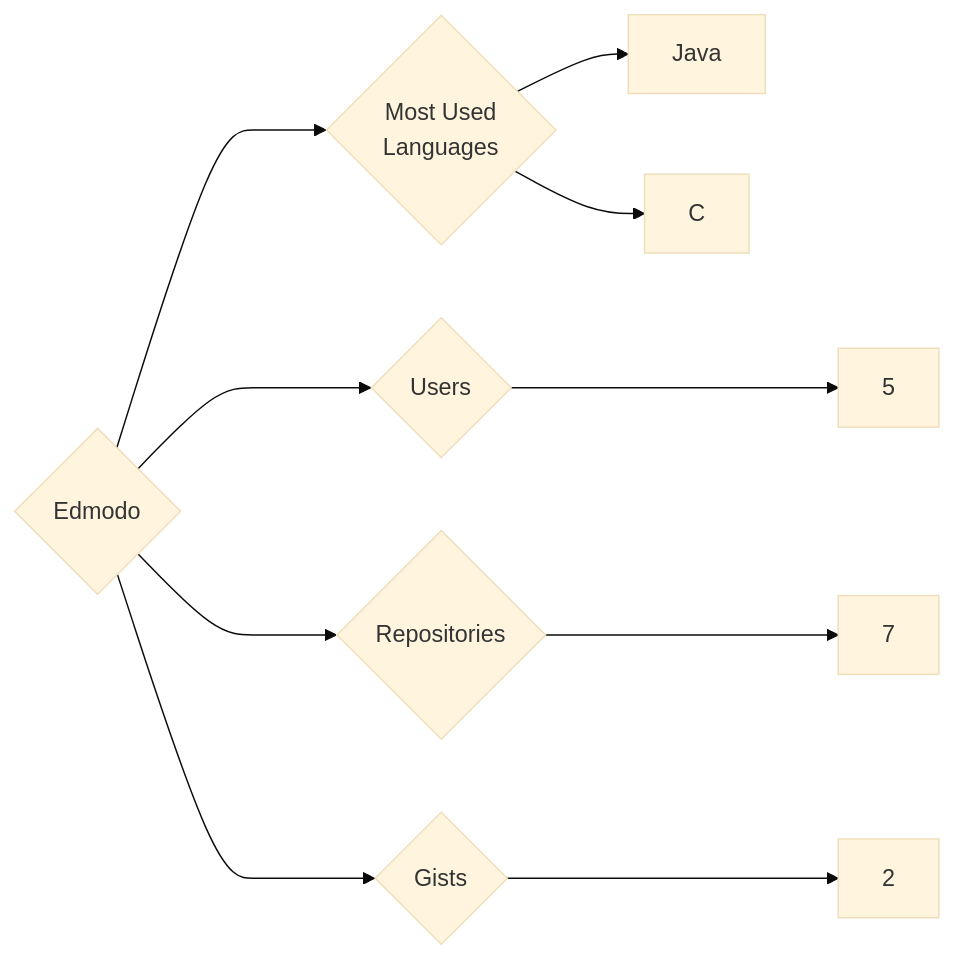
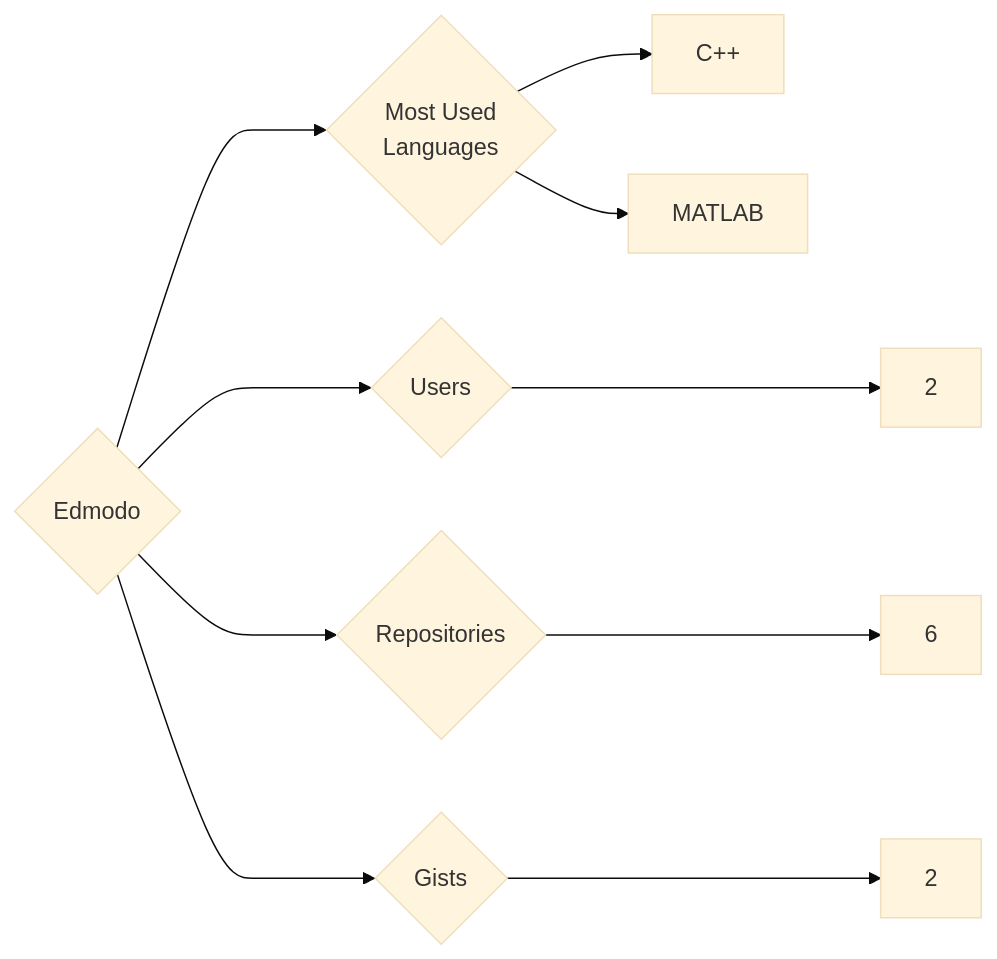
One commit to trickest/insiders changed the diagram in targets/Edmodo/README.md. Above: the diagram before and after it, drawn with Mermaid (base theme). The commit also changed 676 other files, not shown here.

````diff
--- a/targets/Edmodo/README.md
+++ b/targets/Edmodo/README.md
@@ -3,10 +3,10 @@
 ```mermaid
 graph LR
 COMPANY_NAME{Edmodo}
-COMPANY_NAME ---> U{Users} ---> UN[5]
-COMPANY_NAME ---> R{Repositories} ---> RN[7]
+COMPANY_NAME ---> U{Users} ---> UN[2]
+COMPANY_NAME ---> R{Repositories} ---> RN[6]
 COMPANY_NAME ---> G{Gists} ---> GN[2]
 COMPANY_NAME ---> ML{Most Used<br>Languages}
-ML --> Java[Java]
-ML --> C[C]
+ML --> C++[C++]
+ML --> MATLAB[MATLAB]
 ```
````
